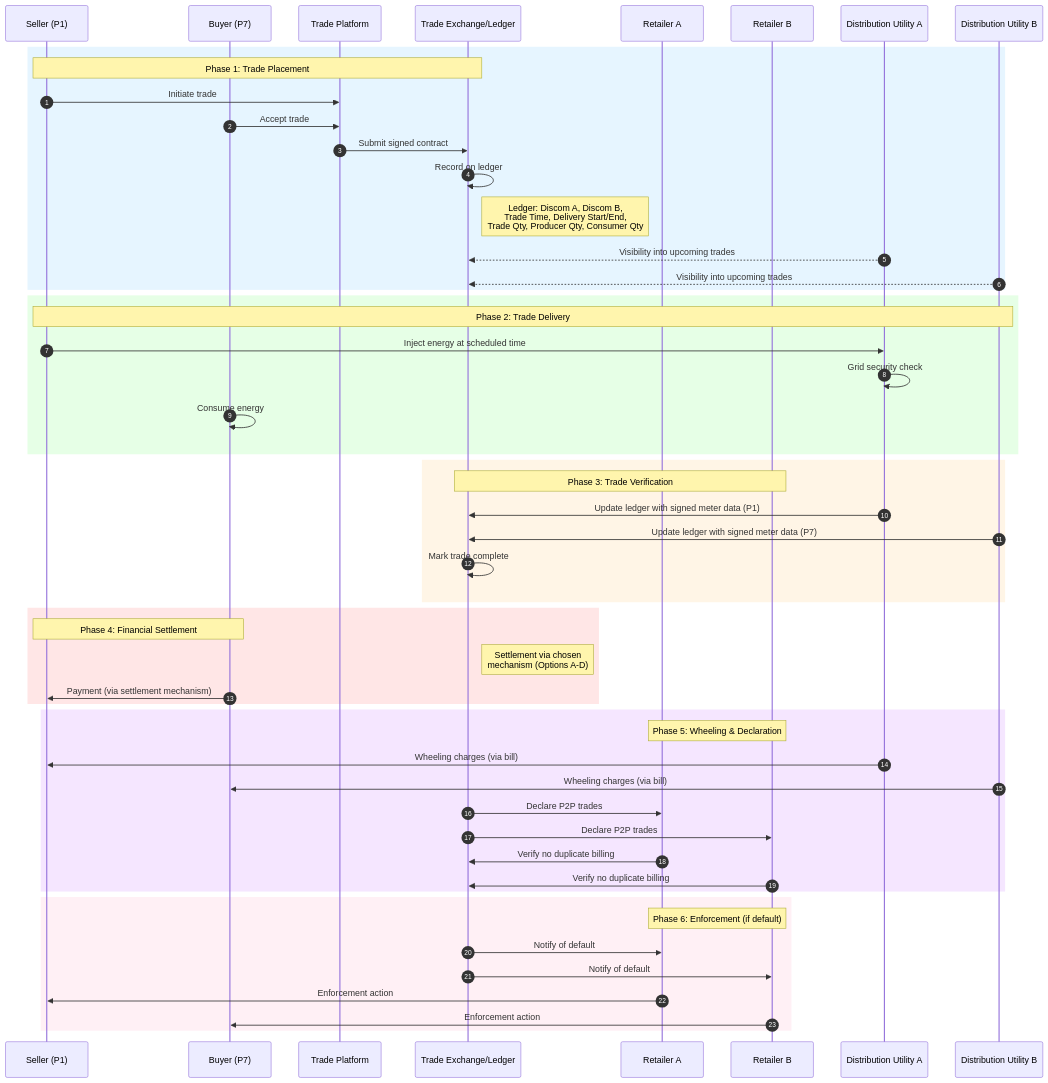
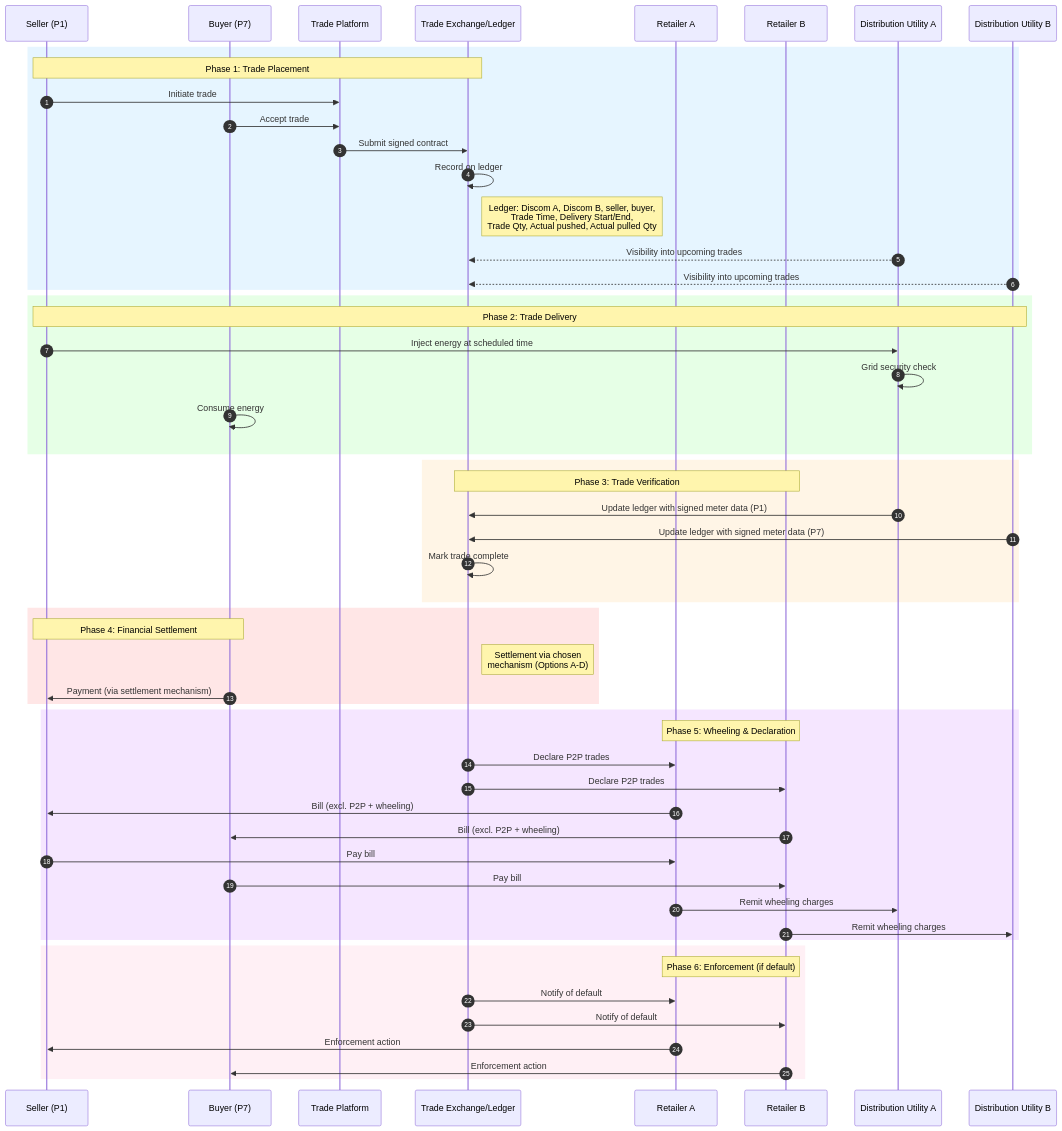
The first of 12 diagrams in docs/implementation-guides/v2/P2P_Trading/Inter_energy_retailer_P2P_trading_draft.md (Beckn-One/DEG), drawn with Mermaid before and after one commit. The commit also changed other lines of this file, not shown here.

Commit message:
improve billing flow

````diff
--- a/docs/implementation-guides/v2/P2P_Trading/Inter_energy_retailer_P2P_trading_draft.md
+++ b/docs/implementation-guides/v2/P2P_Trading/Inter_energy_retailer_P2P_trading_draft.md
@@ -53,61 +53,63 @@
 ```mermaid
 sequenceDiagram
     autonumber
     participant S as Seller (P1)
     participant B as Buyer (P7)
     participant TP as Trade Platform
     participant TE as Trade Exchange/Ledger
     participant RA as Retailer A
     participant RB as Retailer B
     participant DU_A as Distribution Utility A
     participant DU_B as Distribution Utility B
 
     rect rgb(230, 245, 255)
     note over S,TE: Phase 1: Trade Placement
     S->>TP: Initiate trade
     B->>TP: Accept trade
     TP->>TE: Submit signed contract
     TE->>TE: Record on ledger
-    Note right of TE: Ledger: Discom A, Discom B,<br/>Trade Time, Delivery Start/End,<br/>Trade Qty, Producer Qty, Consumer Qty
+    Note right of TE: Ledger: Discom A, Discom B, seller, buyer, <br/>Trade Time, Delivery Start/End,<br/>Trade Qty, Actual pushed, Actual pulled Qty
     DU_A-->>TE: Visibility into upcoming trades
     DU_B-->>TE: Visibility into upcoming trades
     end
 
     rect rgb(230, 255, 230)
     note over S,DU_B: Phase 2: Trade Delivery
     S->>DU_A: Inject energy at scheduled time
     DU_A->>DU_A: Grid security check
     B->>B: Consume energy
     end
 
     rect rgb(255, 245, 230)
     note over TE,RB: Phase 3: Trade Verification
     DU_A->>TE: Update ledger with signed meter data (P1)
     DU_B->>TE: Update ledger with signed meter data (P7)
     TE->>TE: Mark trade complete
     end
 
     rect rgb(255, 230, 230)
     note over S,B: Phase 4: Financial Settlement
     Note right of TE: Settlement via chosen<br/>mechanism (Options A-D)
     B->>S: Payment (via settlement mechanism)
     end
 
     rect rgb(245, 230, 255)
     note over RA,RB: Phase 5: Wheeling & Declaration
-    DU_A->>S: Wheeling charges (via bill)
-    DU_B->>B: Wheeling charges (via bill)
     TE->>RA: Declare P2P trades
     TE->>RB: Declare P2P trades
-    RA->>TE: Verify no duplicate billing
-    RB->>TE: Verify no duplicate billing
+    RA->>S: Bill (excl. P2P + wheeling)
+    RB->>B: Bill (excl. P2P + wheeling)
+    S->>RA: Pay bill
+    B->>RB: Pay bill
+    RA->>DU_A: Remit wheeling charges
+    RB->>DU_B: Remit wheeling charges
     end
 
     rect rgb(255, 240, 245)
     note over RA,RB: Phase 6: Enforcement (if default)
     TE->>RA: Notify of default
     TE->>RB: Notify of default
     RA->>S: Enforcement action
     RB->>B: Enforcement action
     end
 ```
````
